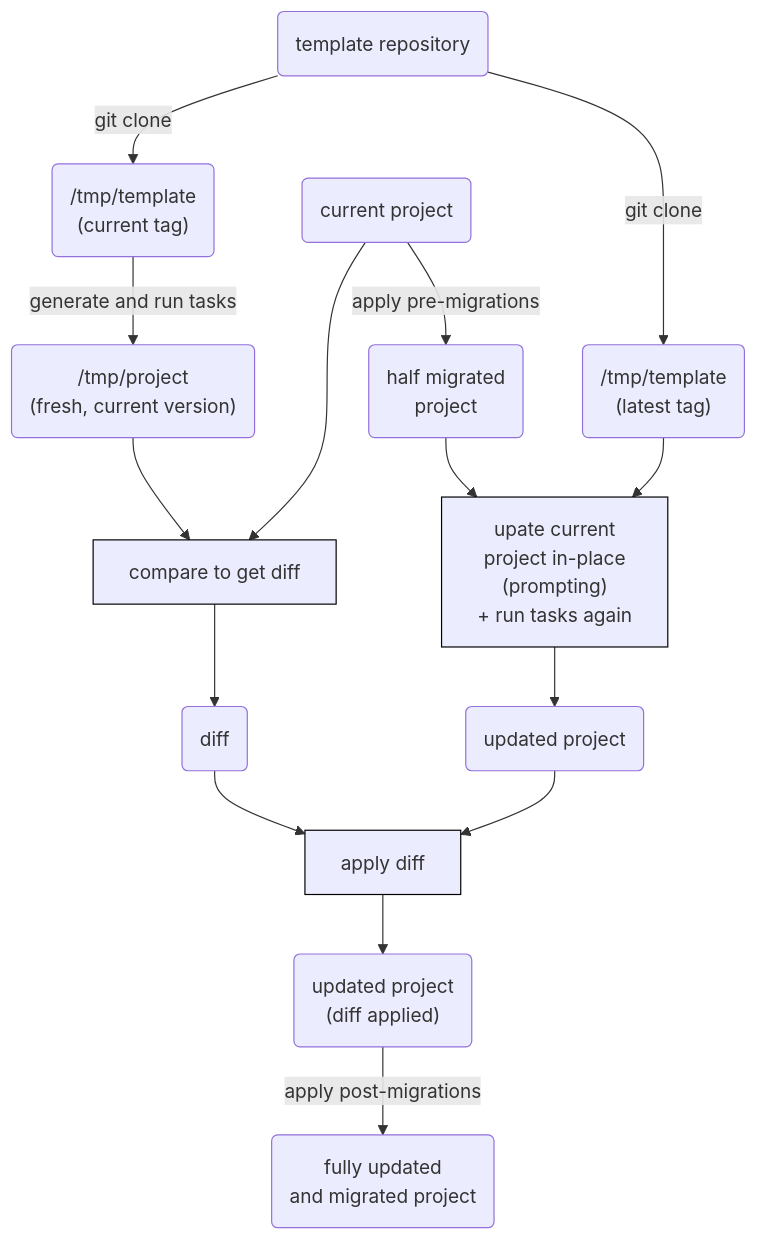
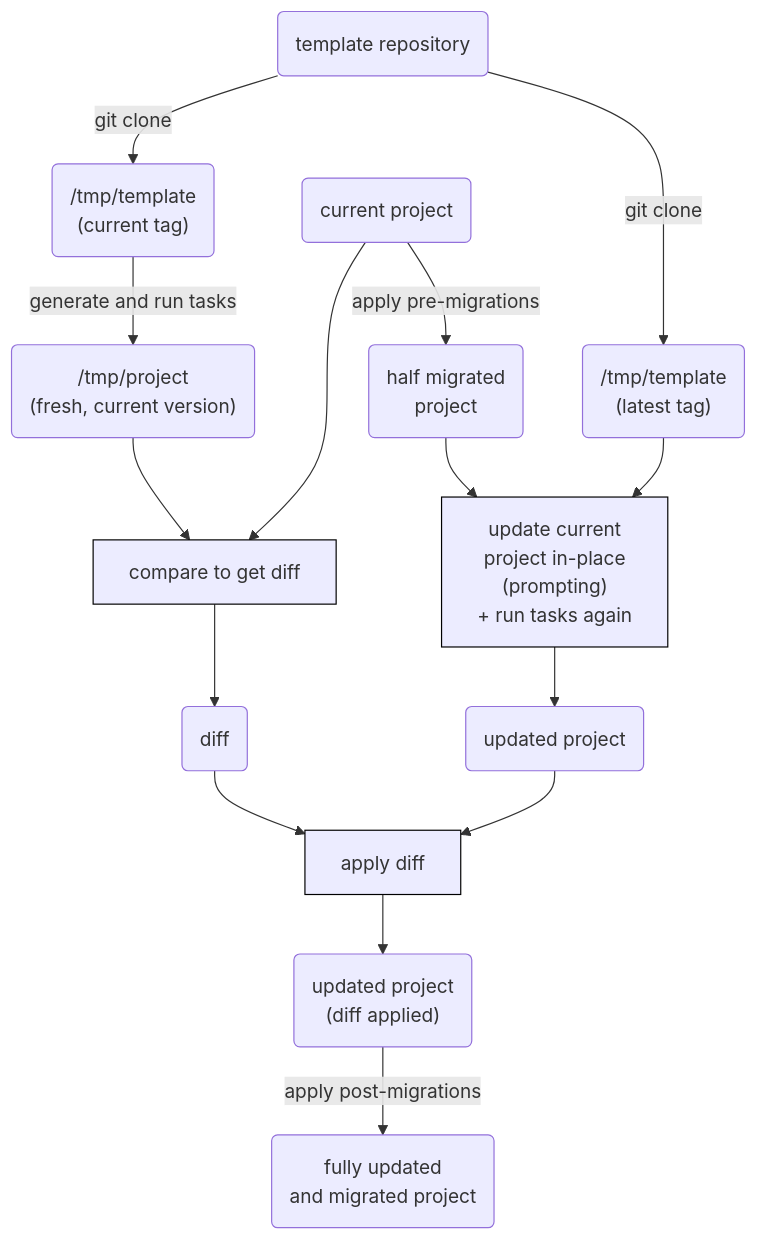
One commit to copier-org/copier changed the diagram in docs/updating.md. Above: the diagram before and after it, drawn with Mermaid. The commit also changed 6 other files, not shown here.

````diff
--- a/docs/updating.md
+++ b/docs/updating.md
@@ -82,42 +82,42 @@
 ```mermaid
 graph TD
 
 %% nodes ----------------------------------------------------------
 template_repo("template repository")
 template_current("/tmp/template<br>(current tag)")
 template_latest("/tmp/template<br>(latest tag)")
 
 project_regen("/tmp/project<br>(fresh, current version)")
 project_current("current project")
 project_half("half migrated<br>project")
 project_updated("updated project")
 project_applied("updated project<br>(diff applied)")
 project_full("fully updated<br>and migrated project")
 
-update["upate current<br>project in-place<br>(prompting)<br>+ run tasks again"]
+update["update current<br>project in-place<br>(prompting)<br>+ run tasks again"]
 compare["compare to get diff"]
 apply["apply diff"]
 
 diff("diff")
 
 %% edges ----------------------------------------------------------
         template_repo --> |git clone| template_current
         template_repo --> |git clone| template_latest
 
      template_current --> |generate and run tasks| project_regen
       project_current --> compare
       project_current --> |apply pre-migrations| project_half
         project_regen --> compare
          project_half --> update
       template_latest --> update
                update --> project_updated
               compare --> diff
                  diff --> apply
       project_updated --> apply
                 apply --> project_applied
       project_applied --> |apply post-migrations| project_full
 
 %% style ----------------------------------------------------------
 classDef blackborder stroke:#000;
 class compare,update,apply blackborder;
 ```
````
